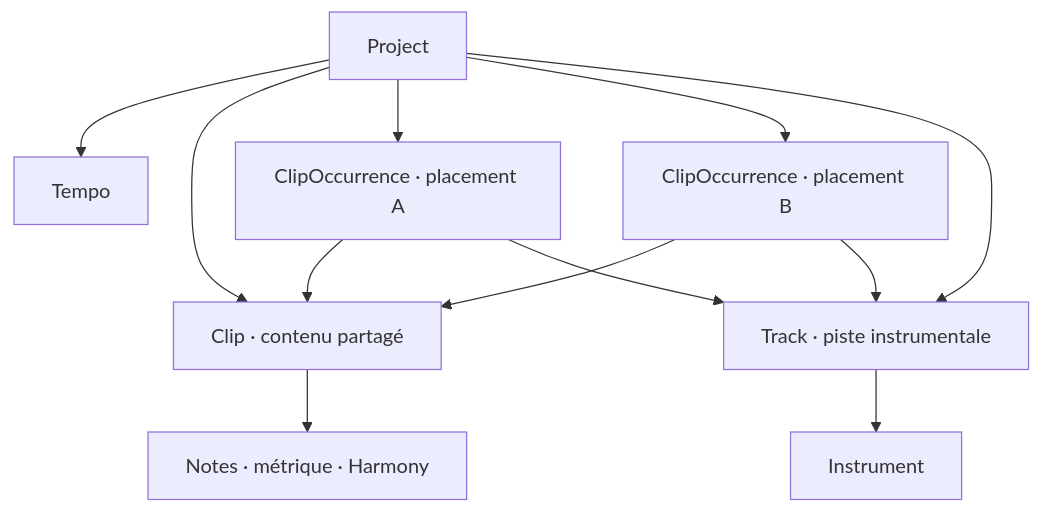
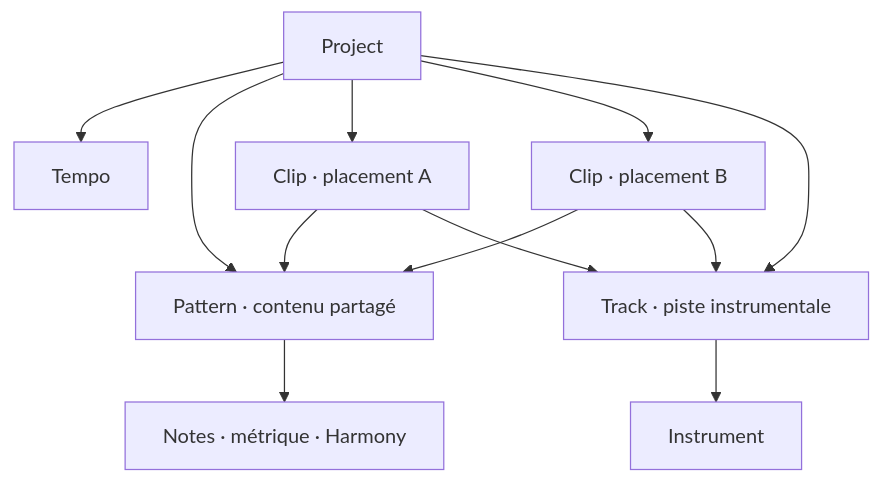
The second of 4 diagrams in architecture.md (LucasBertrand/pianola-doc), drawn with Mermaid before and after one commit. The commit also changed other lines of this file and 1 other file, not shown here.

````diff
--- a/architecture.md
+++ b/architecture.md
@@ -85,14 +85,14 @@
 ```mermaid
 flowchart TD
     Project --> Tempo
-    Project --> Clip["Clip · contenu partagé"]
-    Project --> OccA["ClipOccurrence · placement A"]
-    Project --> OccB["ClipOccurrence · placement B"]
-    OccA --> Clip
-    OccB --> Clip
+    Project --> Pattern["Pattern · contenu partagé"]
+    Project --> OccA["Clip · placement A"]
+    Project --> OccB["Clip · placement B"]
+    OccA --> Pattern
+    OccB --> Pattern
     Project --> Track["Track · piste instrumentale"]
     OccA --> Track
     OccB --> Track
     Track --> Instrument
-    Clip --> Content["Notes · métrique · Harmony"]
+    Pattern --> Content["Notes · métrique · Harmony"]
 ```
````
